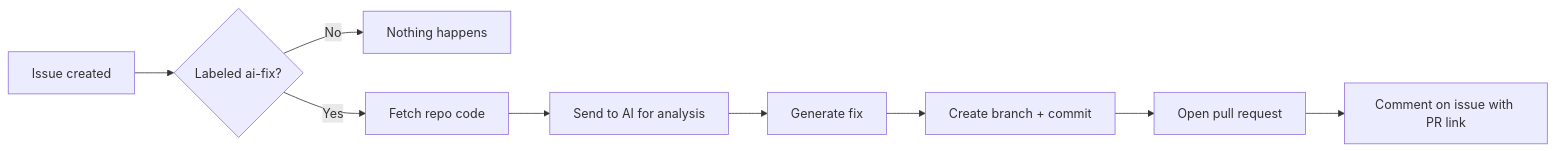
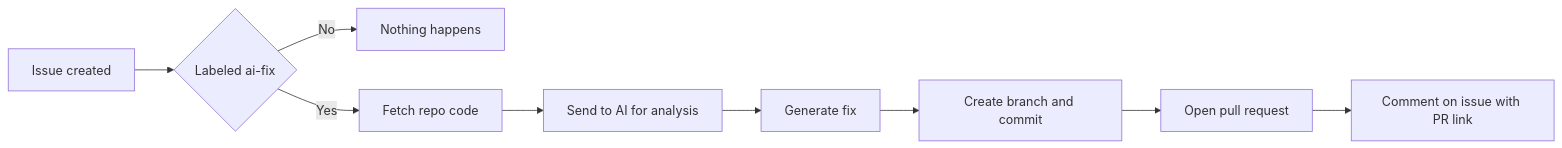
The diagram in README.md (Nixxx19/ghostfix), drawn with Mermaid before and after one commit. The commit also changed other lines of this file, not shown here.

Commit message:
fix mermaid render and remove license section

````diff
--- a/README.md
+++ b/README.md
@@ -13,11 +13,11 @@
 ```mermaid
 graph LR
-    A[Issue created] --> B{Labeled ai-fix?}
+    A[Issue created] --> B{Labeled ai-fix}
     B -- No --> C[Nothing happens]
     B -- Yes --> D[Fetch repo code]
     D --> E[Send to AI for analysis]
     E --> F[Generate fix]
-    F --> G[Create branch + commit]
+    F --> G[Create branch and commit]
     G --> H[Open pull request]
     H --> I[Comment on issue with PR link]
 ```
````
